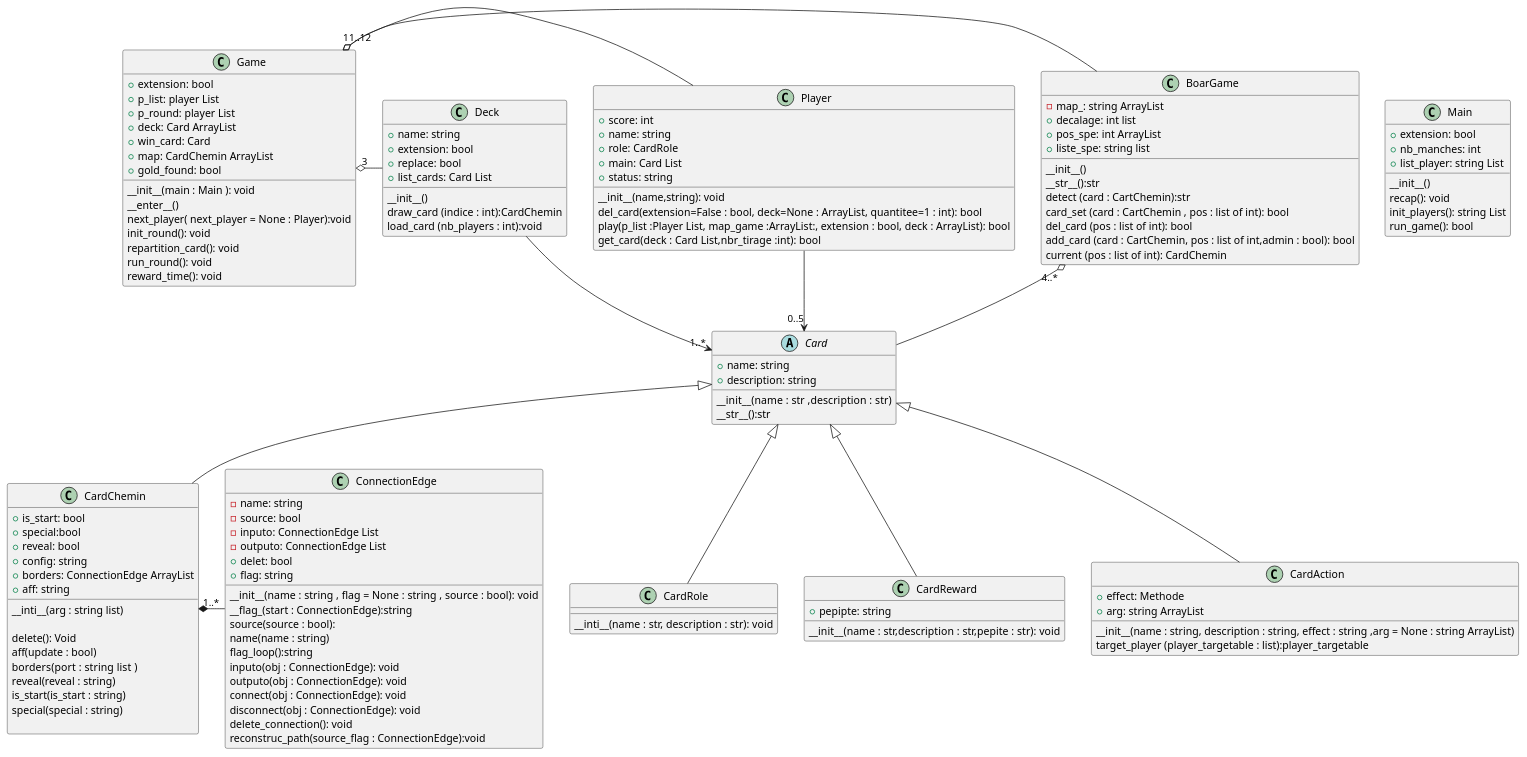
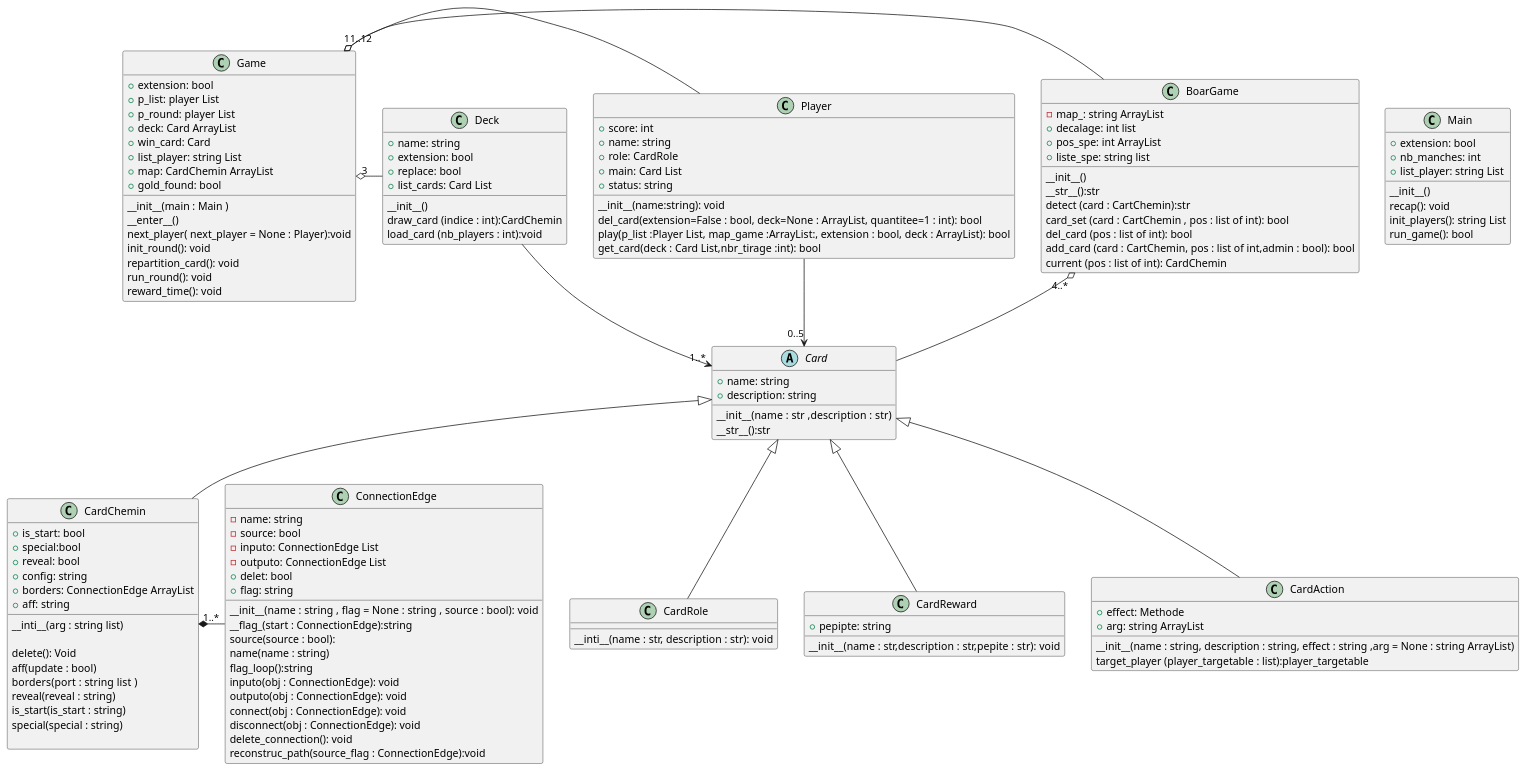
Before and after one commit to CocoLng/Kathon: the diagram in Saboteur.puml, drawn with PlantUML. The commit also changed 2 other files, not shown here.

```diff
--- a/Saboteur.puml
+++ b/Saboteur.puml
@@ -1,161 +1,162 @@
 @startuml
 'https://plantuml.com/class-diagram
 class Main {
 +extension: bool
 +nb_manches: int
 +list_player: string List
 __
 __init__()
 recap(): void
 init_players(): string List
 run_game(): bool
 }
 
 
 
 class Game{
 +extension: bool
 +p_list: player List
 +p_round: player List
 +deck: Card ArrayList
 +win_card: Card
++list_player: string List
 +map: CardChemin ArrayList
 +gold_found: bool
 __
-__init__(main : Main ): void
+__init__(main : Main )
 __enter__()
 next_player( next_player = None : Player):void
 init_round(): void
 repartition_card(): void
 run_round(): void
 reward_time(): void
 }
 
 Game"1" o- BoarGame
 Game"1..12" o- Player
 Game"3" o- Deck
 
 
 
 class BoarGame{
 -map_: string ArrayList
 +decalage: int list
 +pos_spe: int ArrayList
 +liste_spe: string list
 __
 __init__()
 __str__():str
 detect (card : CartChemin):str
 card_set (card : CartChemin , pos : list of int): bool
 del_card (pos : list of int): bool
 add_card (card : CartChemin, pos : list of int,admin : bool): bool
 current (pos : list of int): CardChemin
 }
 BoarGame "4..*" o-- Card
 
 class Player{
 +score: int
 +name: string
 +role: CardRole
 +main: Card List
 +status: string
 __
-__init__(name,string): void
+__init__(name:string): void
 del_card(extension=False : bool, deck=None : ArrayList, quantitee=1 : int): bool
 play(p_list :Player List, map_game :ArrayList:, extension : bool, deck : ArrayList): bool
 get_card(deck : Card List,nbr_tirage :int): bool
 }
 Player --> "0..5" Card
 
 
 class Deck{
 +name: string
 +extension: bool
 +replace: bool
 +list_cards: Card List
 __
 __init__()
 draw_card (indice : int):CardChemin
 load_card (nb_players : int):void
 }
 Deck --> "1..*" Card
 
 
 
 abstract class Card{
 +name: string
 +description: string
 __
 __init__(name :  str ,description : str)
 __str__():str
 }
 
 Card <|-- CardChemin
 Card <|-- CardRole
 Card <|-- CardReward
 Card <|-- CardAction
 
 class CardRole{
 __
 __inti__(name : str, description : str): void
 }
 
 class CardReward{
 +pepipte: string
 __
 __init__(name : str,description : str,pepite : str): void
 }
 
 class CardAction{
 +effect: Methode
 +arg: string ArrayList
 __
 __init__(name : string, description : string, effect : string ,arg = None : string ArrayList)
 target_player (player_targetable : list):player_targetable
 }
 
 
 
 class CardChemin{
 +is_start: bool
 +special:bool
 +reveal: bool
 +config: string
 +borders: ConnectionEdge ArrayList
 +aff: string
 __
 __inti__(arg : string list)
 
 delete(): Void
 aff(update : bool)
 borders(port : string list  )
 reveal(reveal : string)
 is_start(is_start : string)
 special(special : string)
 
 }
 CardChemin"1..*" *- ConnectionEdge
 
 
 
 class ConnectionEdge{
 -name: string
 -source: bool
 -inputo: ConnectionEdge List
 -outputo: ConnectionEdge List
 +delet: bool
 +flag: string
 __
 __init__(name :  string , flag = None : string , source : bool): void
 __flag_(start : ConnectionEdge):string
 source(source : bool):
 name(name : string)
 flag_loop():string
 inputo(obj : ConnectionEdge): void
 outputo(obj : ConnectionEdge): void
 connect(obj : ConnectionEdge): void
 disconnect(obj : ConnectionEdge): void
 delete_connection(): void
 reconstruc_path(source_flag : ConnectionEdge):void
 }
 @enduml
```
